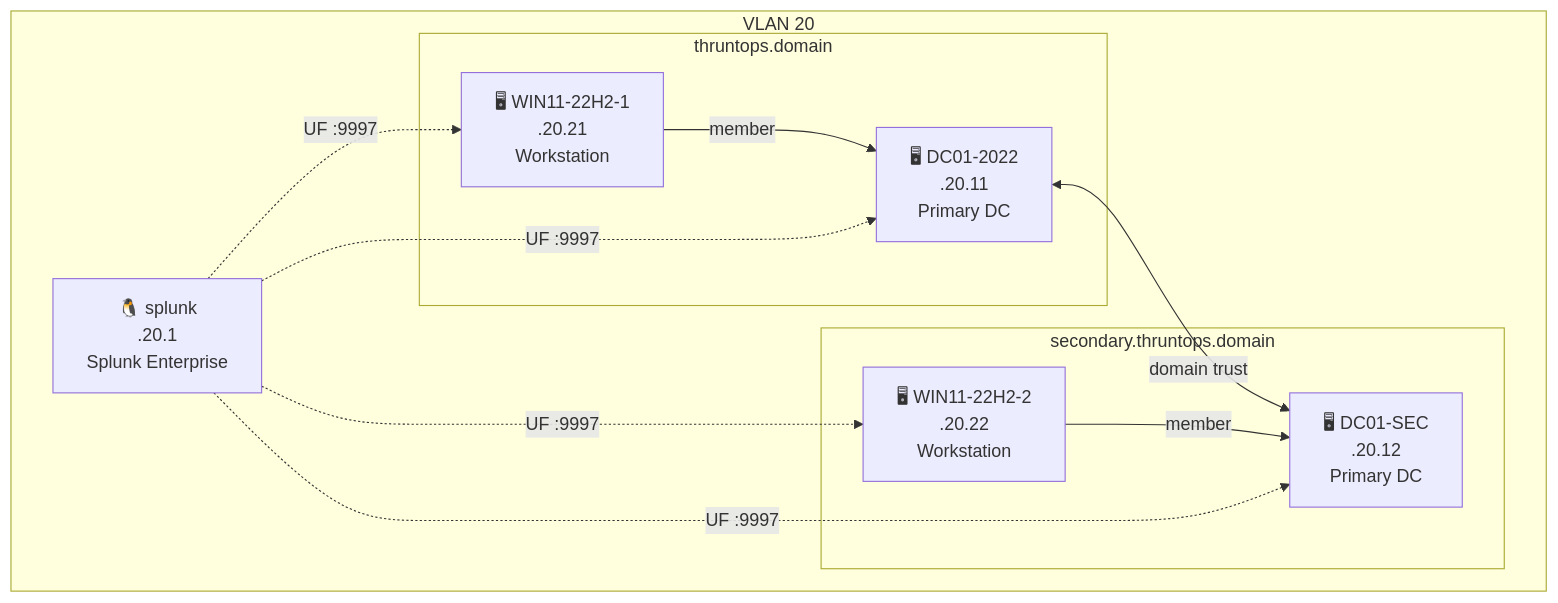
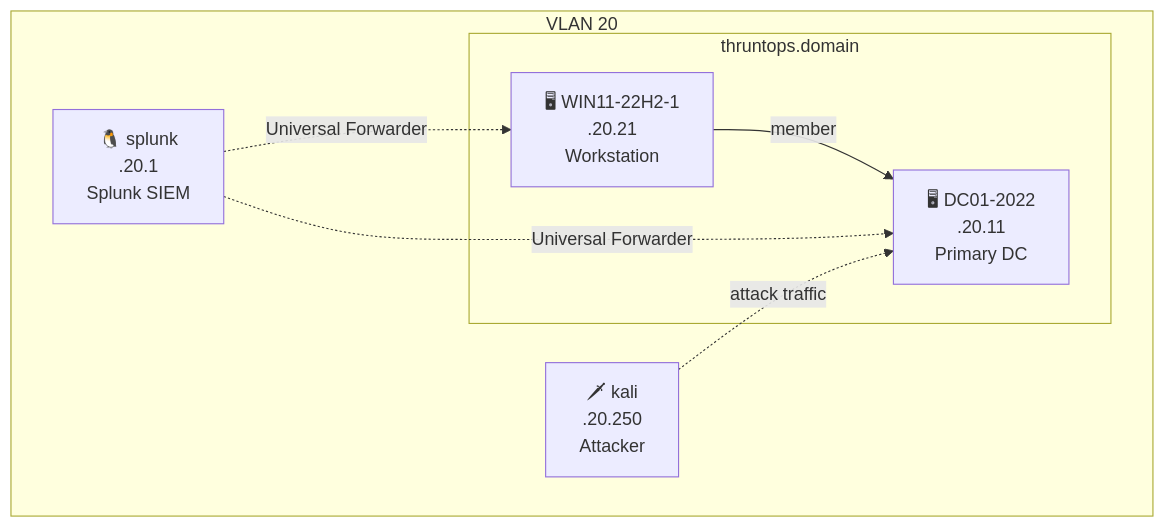
Before and after one commit to enonethreezed/ThruntOps: the diagram in docs/splunk.md, drawn with Mermaid. The commit also changed other lines of this file and 2 other files, not shown here.

Commit message:
docs(ThruntOps-qcj): rewrite SIEM backend docs

````diff
--- a/docs/splunk.md
+++ b/docs/splunk.md
@@ -46,26 +40,16 @@
 ```mermaid
 graph TB
     subgraph VLAN20["VLAN 20"]
-
-        subgraph primary["thruntops.domain"]
+        subgraph domain["thruntops.domain"]
             DC1["🖥 DC01-2022\n.20.11\nPrimary DC"]
             W1["🖥 WIN11-22H2-1\n.20.21\nWorkstation"]
         end
-
-        subgraph secondary["secondary.thruntops.domain"]
-            DC2["🖥 DC01-SEC\n.20.12\nPrimary DC"]
-            W2["🖥 WIN11-22H2-2\n.20.22\nWorkstation"]
-        end
-
-        SPLUNK["🐧 splunk\n.20.1\nSplunk Enterprise"]
+        SPLUNK["🐧 splunk\n.20.1\nSplunk SIEM"]
+        KALI["🗡 kali\n.20.250\nAttacker"]
     end
 
-    DC1 <-->|"domain trust"| DC2
     W1 -->|"member"| DC1
-    W2 -->|"member"| DC2
-
-    SPLUNK -.->|"UF :9997"| DC1
-    SPLUNK -.->|"UF :9997"| DC2
-    SPLUNK -.->|"UF :9997"| W1
-    SPLUNK -.->|"UF :9997"| W2
+    SPLUNK -.->|"Universal Forwarder"| DC1
+    SPLUNK -.->|"Universal Forwarder"| W1
+    KALI -.->|"attack traffic"| DC1
 ```
````
